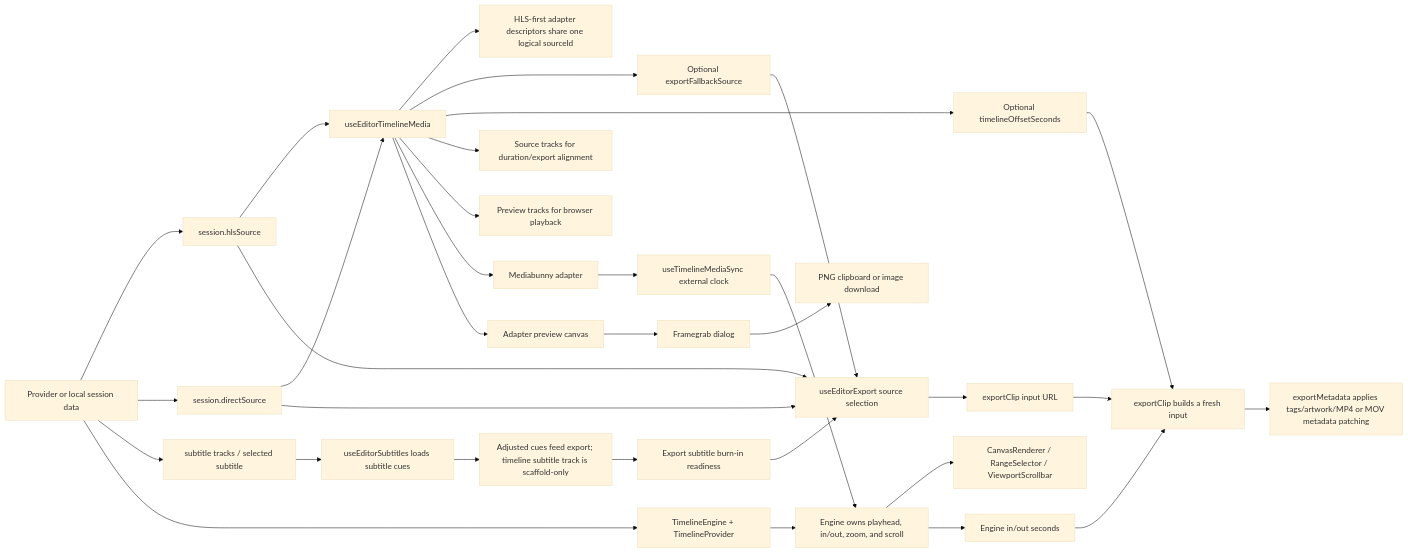
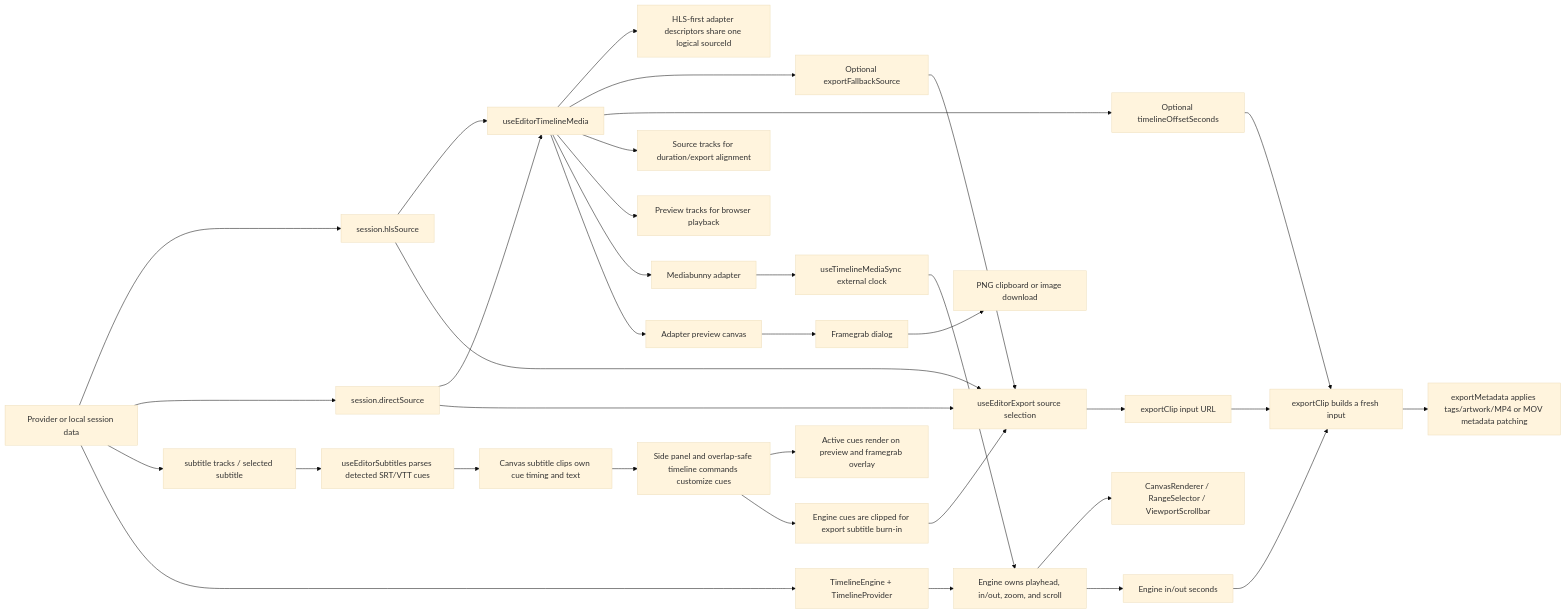
Diagram 13 of 13 in .github/docs/diagrams.md (TechSquidTV/Cliparr), drawn with Mermaid (base theme) before and after one commit. The commit also changed other lines of this file and 14 other files, not shown here.

Commit message:
feat(frontend): add editable subtitle timeline

````diff
--- a/.github/docs/diagrams.md
+++ b/.github/docs/diagrams.md
@@ -345,35 +358,37 @@
 ```mermaid
 flowchart LR
     A["Provider or local session data"] --> B["session.hlsSource"]
     A --> C["session.directSource"]
     A --> S["subtitle tracks / selected subtitle"]
     A --> T0["TimelineEngine + TimelineProvider"]
     T0 --> T1["Engine owns playhead, in/out, zoom, and scroll"]
     B --> D["useEditorTimelineMedia"]
     C --> D
     D --> E["HLS-first adapter descriptors share one logical sourceId"]
     D --> F["Optional exportFallbackSource"]
     D --> I["Optional timelineOffsetSeconds"]
     D --> J["Source tracks for duration/export alignment"]
     D --> K["Preview tracks for browser playback"]
     D --> L["Mediabunny adapter"]
     L --> M["useTimelineMediaSync external clock"]
     M --> T1
     T1 --> TS["CanvasRenderer / RangeSelector / ViewportScrollbar"]
     D --> P["Adapter preview canvas"]
     P --> Q["Framegrab dialog"]
     Q --> R["PNG clipboard or image download"]
-    S --> T["useEditorSubtitles loads subtitle cues"]
-    T --> T2["Adjusted cues feed export; timeline subtitle track is scaffold-only"]
-    T2 --> U["Export subtitle burn-in readiness"]
+    S --> T["useEditorSubtitles parses detected SRT/VTT cues"]
+    T --> T2["Canvas subtitle clips own cue timing and text"]
+    T2 --> T3["Side panel and overlap-safe timeline commands customize cues"]
+    T3 --> T4["Active cues render on preview and framegrab overlay"]
+    T3 --> U["Engine cues are clipped for export subtitle burn-in"]
     B --> G["useEditorExport source selection"]
     C --> G
     F --> G
     U --> G
     G --> H["exportClip input URL"]
     H --> N["exportClip builds a fresh input"]
     T1 --> X["Engine in/out seconds"]
     X --> N
     I --> N
     N --> O["exportMetadata applies tags/artwork/MP4 or MOV metadata patching"]
 ```
````
